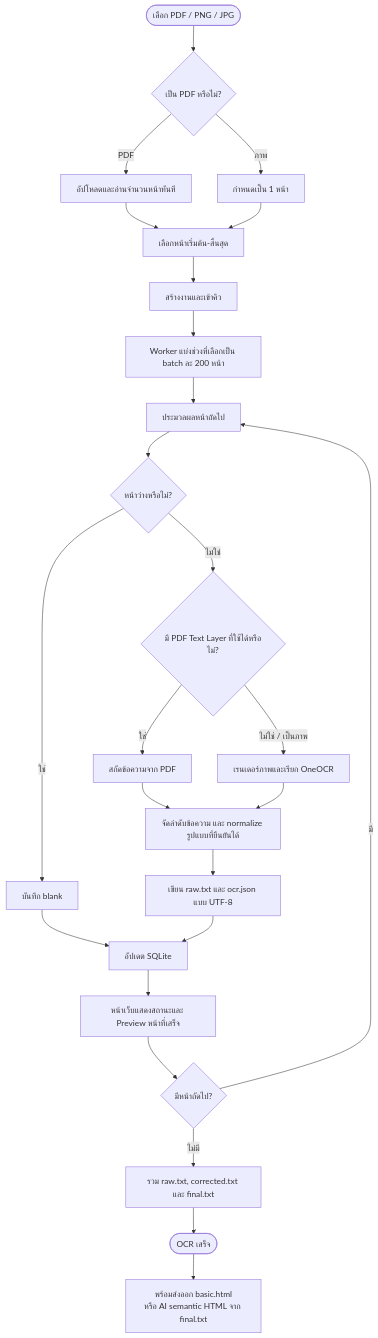
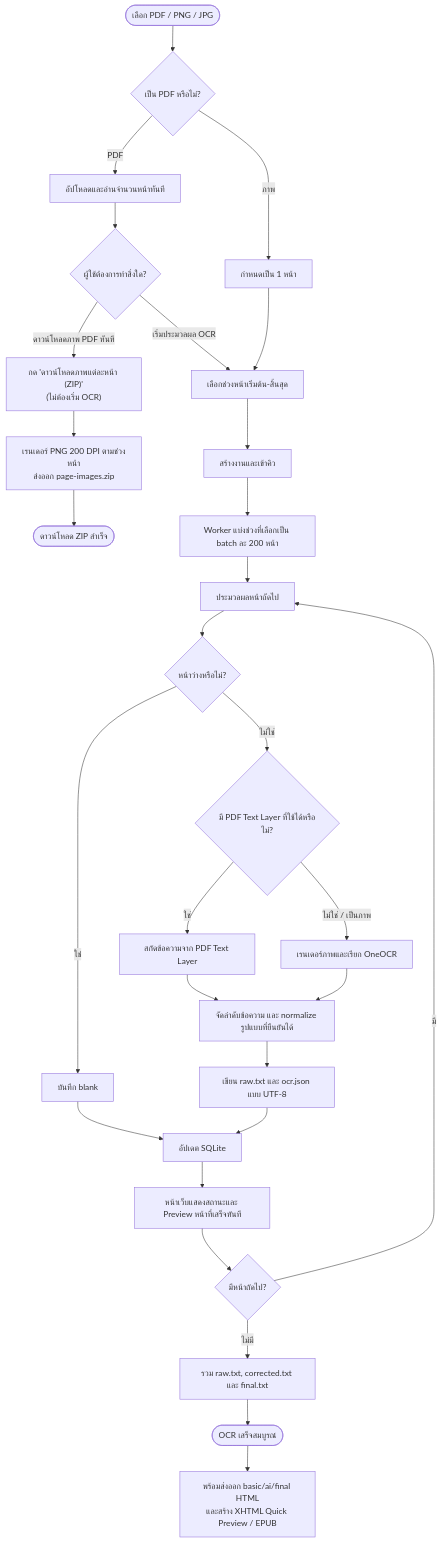
One commit to anuwatm/pdf-ocr-studio changed the second of 5 diagrams in readme.md. Above: the diagram before and after it, drawn with Mermaid. The commit also changed other lines of this file and 32 other files, not shown here.

First line of the commit message:
feat: update UI Text/HTML/EPUB workspace, Visual Editor, Mermaid diagrams and acceptance audit

````diff
--- a/readme.md
+++ b/readme.md
@@ -166,27 +181,31 @@
 ```mermaid
 flowchart TD
     Upload(["เลือก PDF / PNG / JPG"]) --> Pdf{"เป็น PDF หรือไม่?"}
     Pdf -->|PDF| Count["อัปโหลดและอ่านจำนวนหน้าทันที"]
     Pdf -->|ภาพ| ImageOne["กำหนดเป็น 1 หน้า"]
-    Count --> Choose["เลือกหน้าเริ่มต้น-สิ้นสุด"]
+    Count --> ChooseOption{"ผู้ใช้ต้องการทำสิ่งใด?"}
+    ChooseOption -->|ดาวน์โหลดภาพ PDF ทันที| ZipNow["กด 'ดาวน์โหลดภาพแต่ละหน้า (ZIP)'<br/>(ไม่ต้องเริ่ม OCR)"]
+    ZipNow --> RenderZip["เรนเดอร์ PNG 200 DPI ตามช่วงหน้า<br/>ส่งออก page-images.zip"]
+    RenderZip --> DoneZip(["ดาวน์โหลด ZIP สำเร็จ"])
+    ChooseOption -->|เริ่มประมวลผล OCR| Choose["เลือกช่วงหน้าเริ่มต้น-สิ้นสุด"]
     ImageOne --> Choose
     Choose --> Start["สร้างงานและเข้าคิว"]
     Start --> Batch["Worker แบ่งช่วงที่เลือกเป็น batch ละ 200 หน้า"]
     Batch --> Page["ประมวลผลหน้าถัดไป"]
     Page --> Blank{"หน้าว่างหรือไม่?"}
     Blank -->|ใช่| SaveBlank["บันทึก blank"]
     Blank -->|ไม่ใช่| Route{"มี PDF Text Layer ที่ใช้ได้หรือไม่?"}
-    Route -->|ใช่| Extract["สกัดข้อความจาก PDF"]
+    Route -->|ใช่| Extract["สกัดข้อความจาก PDF Text Layer"]
     Route -->|ไม่ใช่ / เป็นภาพ| OCR["เรนเดอร์ภาพและเรียก OneOCR"]
     Extract --> Normalize["จัดลำดับข้อความ และ normalize รูปแบบที่ยืนยันได้"]
     OCR --> Normalize
     Normalize --> Save["เขียน raw.txt และ ocr.json แบบ UTF-8"]
     SaveBlank --> Update["อัปเดต SQLite"]
     Save --> Update
-    Update --> Preview["หน้าเว็บแสดงสถานะและ Preview หน้าที่เสร็จ"]
+    Update --> Preview["หน้าเว็บแสดงสถานะและ Preview หน้าที่เสร็จทันที"]
     Preview --> More{"มีหน้าถัดไป?"}
     More -->|มี| Page
     More -->|ไม่มี| Assemble["รวม raw.txt, corrected.txt และ final.txt"]
-    Assemble --> Finish(["OCR เสร็จ"])
-    Finish --> ExportReady["พร้อมส่งออก basic.html<br/>หรือ AI semantic HTML จาก final.txt"]
+    Assemble --> Finish(["OCR เสร็จสมบูรณ์"])
+    Finish --> ExportReady["พร้อมส่งออก basic/ai/final HTML<br/>และสร้าง XHTML Quick Preview / EPUB"]
 ```
````
